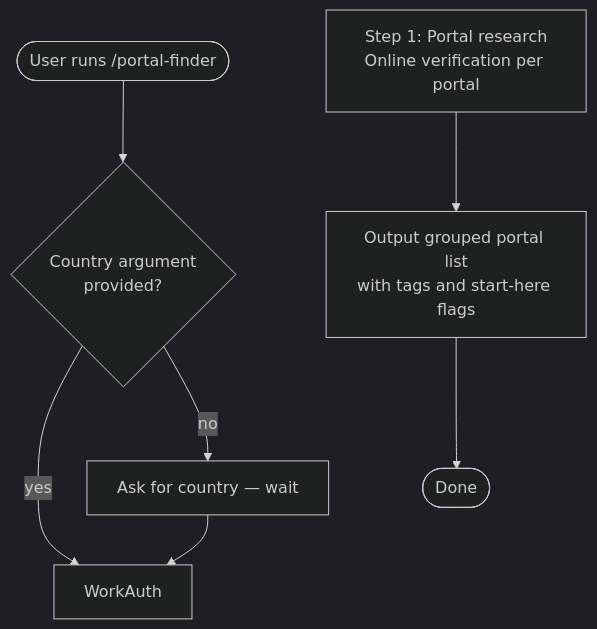
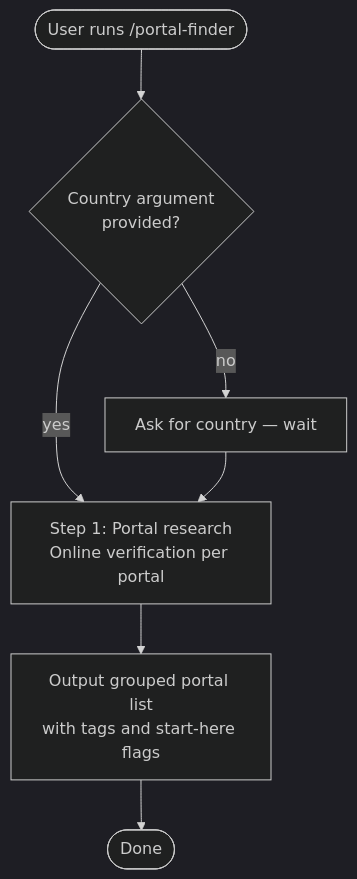
The diagram in docs/commands/portal-finder.md (myowinthein/agent-compass), drawn with Mermaid (dark theme) before and after one commit. The commit also changed 2 other files, not shown here.

Commit message:
docs(commands): fix portal-finder flow diagram and standardize mermaid line breaks
Remove undefined WorkAuth dead-end node and orphan S1 line in the
portal-finder overview, wiring the country check directly into Step 1.
Standardize <br/> to \n across country-finder and salary-calculator
overviews so all 17 command diagrams use consistent line-break syntax.

````diff
--- a/docs/commands/portal-finder.md
+++ b/docs/commands/portal-finder.md
@@ -23,12 +23,10 @@
 ```mermaid
 flowchart TD
   Start([User runs /portal-finder]) --> CountryCheck{Country argument\nprovided?}
-  CountryCheck -->|yes| WorkAuth
+  CountryCheck -->|yes| S1
   CountryCheck -->|no| AskCountry[Ask for country — wait]
-  AskCountry --> WorkAuth
-
-  S1
+  AskCountry --> S1
 
   S1[Step 1: Portal research\nOnline verification per portal] --> Output[Output grouped portal list\nwith tags and start-here flags]
   Output --> Done([Done])
 ```
````
